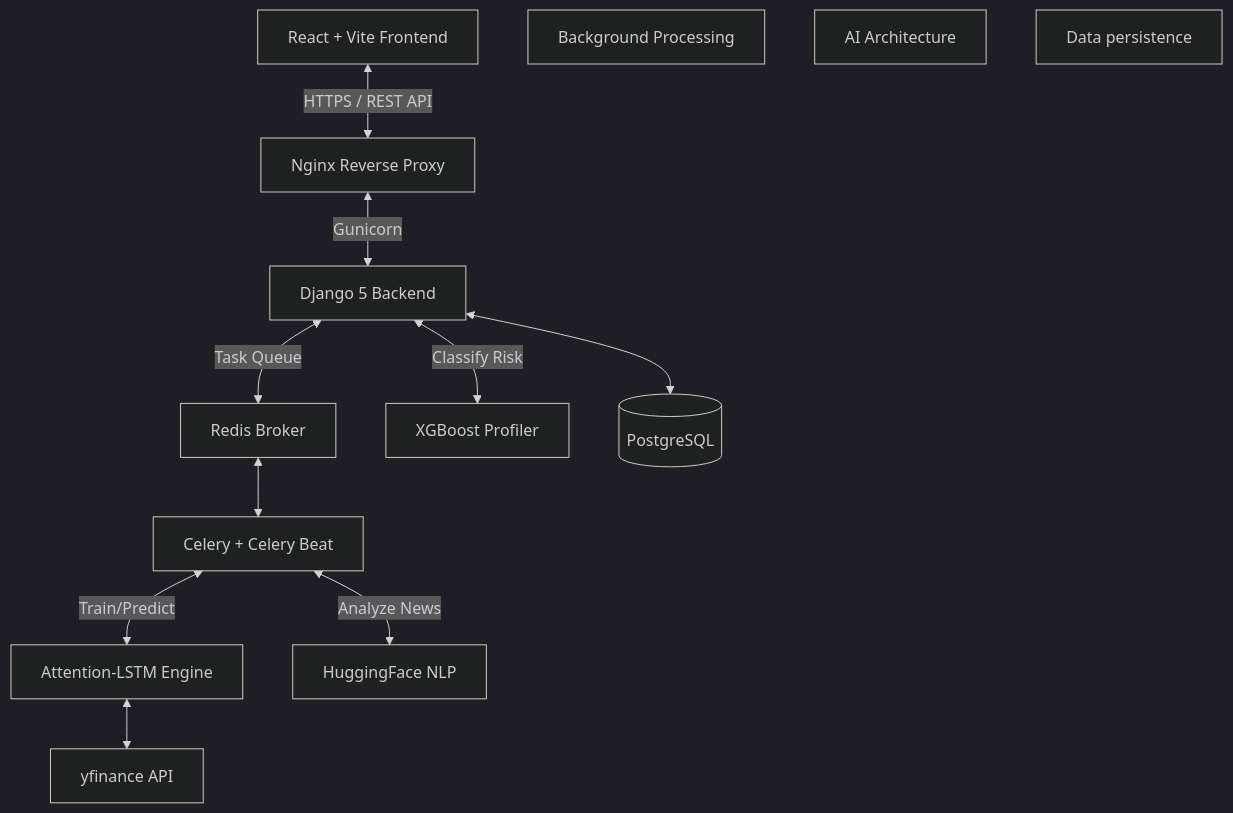
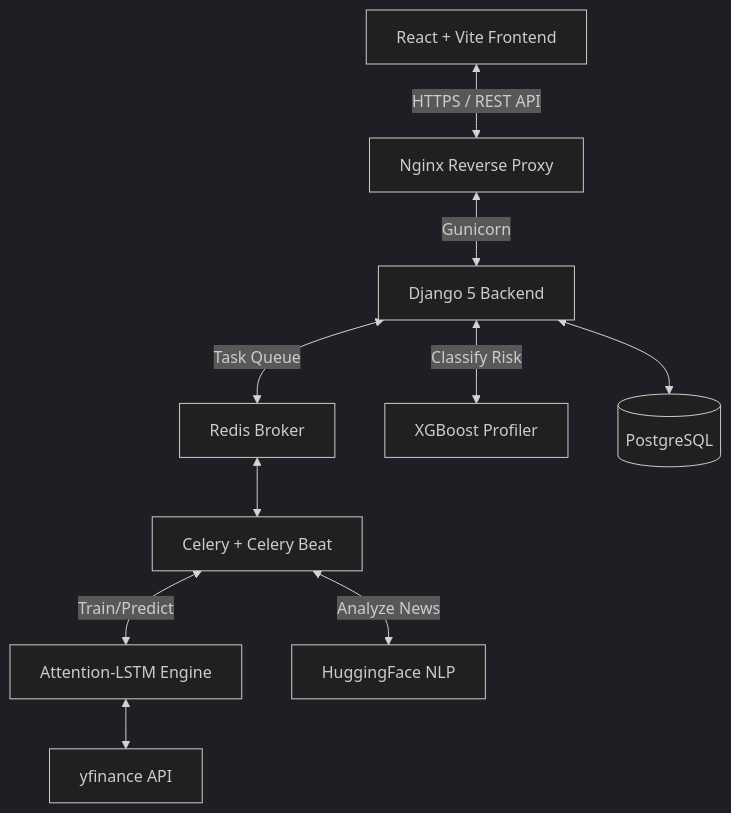
The first of 2 diagrams in README.md (Cypher-redeye/Cresta), drawn with Mermaid (dark theme) before and after one commit. The commit also changed other lines of this file, not shown here.

````diff
--- a/README.md
+++ b/README.md
@@ -47,18 +53,12 @@
 ```mermaid
 graph TD
     Client[React + Vite Frontend] <-->|HTTPS / REST API| Nginx[Nginx Reverse Proxy]
     Nginx <-->|Gunicorn| Django[Django 5 Backend]
-    
-    sublayer1[Background Processing]
     Django <-->|Task Queue| Redis[Redis Broker]
     Redis <--> Celery[Celery + Celery Beat]
-    
-    sublayer2[AI Architecture]
     Celery <-->|Train/Predict| PyTorch[Attention-LSTM Engine]
     Celery <-->|Analyze News| FinBERT[HuggingFace NLP]
     Django <-->|Classify Risk| XGBoost[XGBoost Profiler]
-    
-    sublayer3[Data persistence]
     Django <--> Postgres[(PostgreSQL)]
     PyTorch <--> YF[yfinance API]
 ```
````
